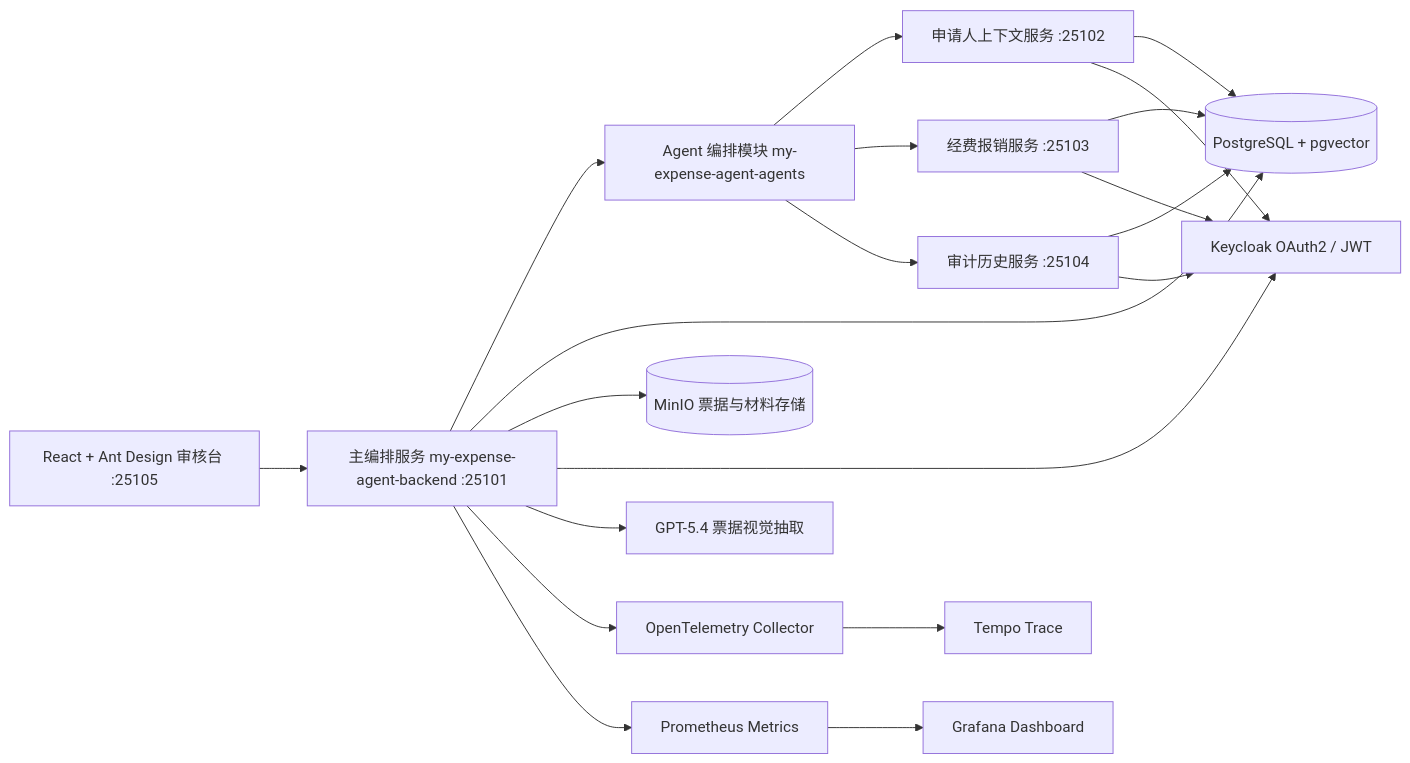
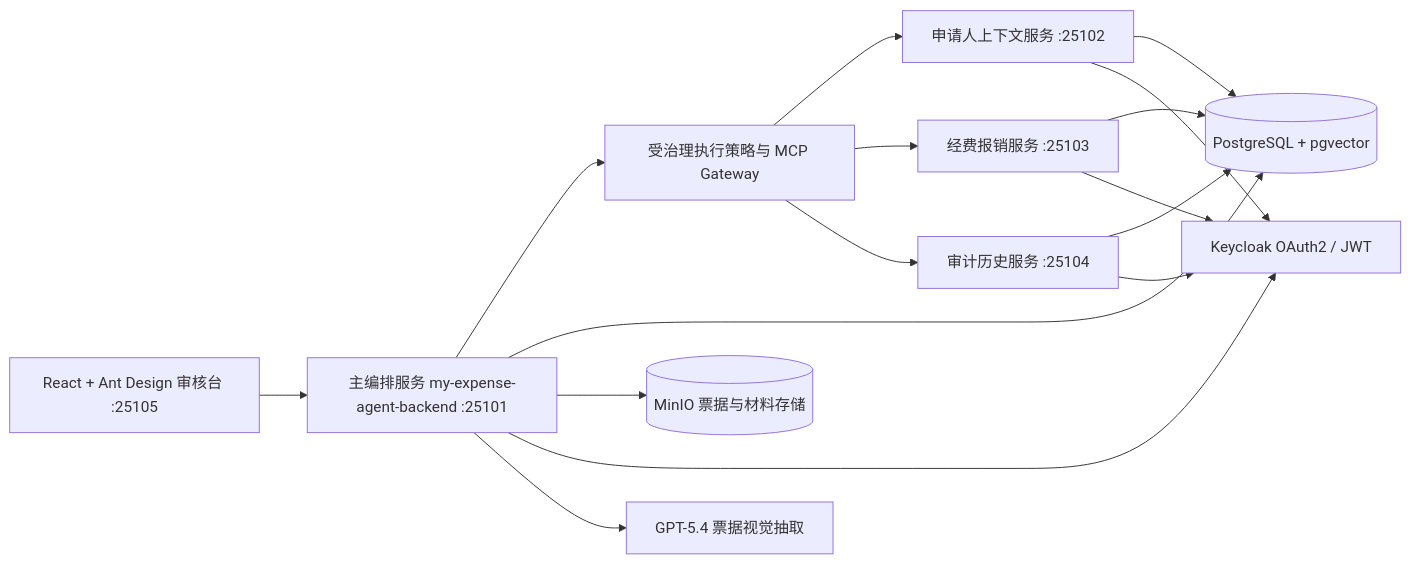
One commit to yangaobo0235/my-expense-agent changed the diagram in README.md. Above: the diagram before and after it, drawn with Mermaid. The commit also changed other lines of this file and 79 other files, not shown here.

````diff
--- a/README.md
+++ b/README.md
@@ -49,27 +49,23 @@
 ```mermaid
 flowchart LR
     Web["React + Ant Design 审核台 :25105"] --> Backend["主编排服务 my-expense-agent-backend :25101"]
 
-    Backend --> Agents["Agent 编排模块 my-expense-agent-agents"]
-    Agents --> Account["申请人上下文服务 :25102"]
-    Agents --> Fund["经费报销服务 :25103"]
-    Agents --> Audit["审计历史服务 :25104"]
+    Backend --> Governance["受治理执行策略与 MCP Gateway"]
+    Governance --> Account["申请人上下文服务 :25102"]
+    Governance --> Fund["经费报销服务 :25103"]
+    Governance --> Audit["审计历史服务 :25104"]
 
     Backend --> DB[("PostgreSQL + pgvector")]
     Account --> DB
     Fund --> DB
     Audit --> DB
 
     Backend --> MinIO[("MinIO 票据与材料存储")]
     Backend --> Keycloak["Keycloak OAuth2 / JWT"]
     Account --> Keycloak
     Fund --> Keycloak
     Audit --> Keycloak
 
     Backend --> OpenAI["GPT-5.4 票据视觉抽取"]
-    Backend --> OTEL["OpenTelemetry Collector"]
-    OTEL --> Tempo["Tempo Trace"]
-    Backend --> Prometheus["Prometheus Metrics"]
-    Prometheus --> Grafana["Grafana Dashboard"]
 
 ```
````
